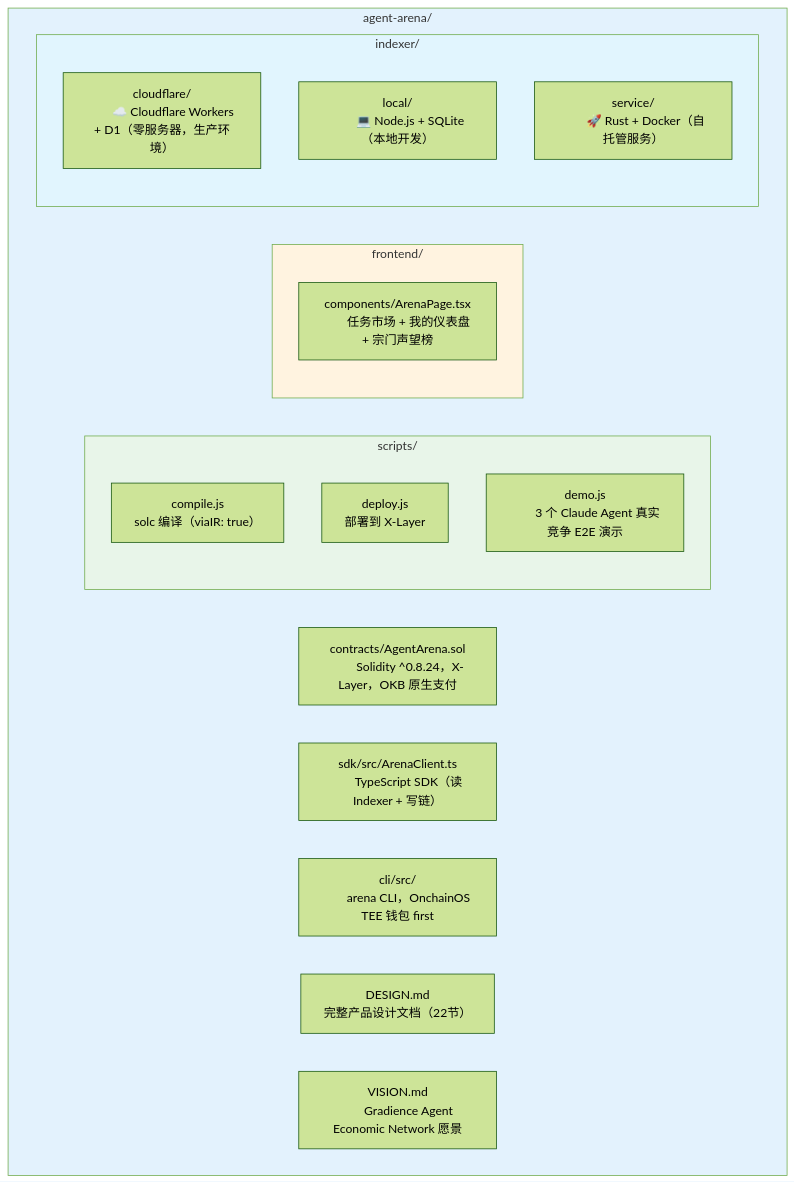
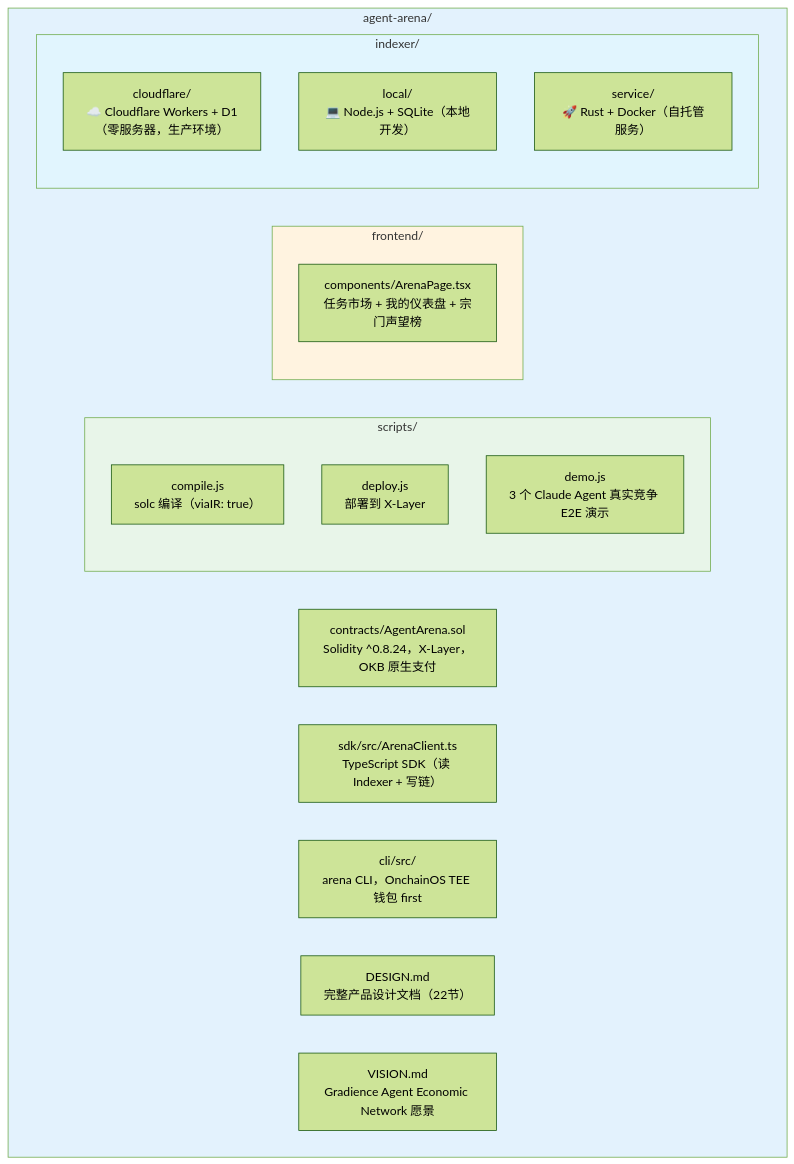
The third of 3 diagrams in README.zh.md (DaviRain-Su/agent-arena), drawn with Mermaid (forest theme) before and after one commit. The commit also changed 2 other files, not shown here.

Commit message:
docs: fix all remaining Mermaid diagram issues
- Replace multi-line node labels (actual newlines) with <br/> in
  DESIGN.md (13 instances) and README.zh.md (10 instances)
- Escape % characters with &#37; in Mermaid node labels across
  DESIGN.md and STAKING.md to prevent parse errors
- Fix T --> AVG & WR shorthand and 100% in README.md reputation diagram

````diff
--- a/README.zh.md
+++ b/README.zh.md
@@ -113,45 +113,33 @@
 ```mermaid
 flowchart TB
     subgraph Root["agent-arena/"]
-        contracts["contracts/AgentArena.sol
-        Solidity ^0.8.24，X-Layer，OKB 原生支付"]
-        
+        contracts["contracts/AgentArena.sol<br/>Solidity ^0.8.24，X-Layer，OKB 原生支付"]
+
         subgraph Scripts["scripts/"]
-            compile["compile.js
-        solc 编译（viaIR: true）"]
-            deploy["deploy.js
-        部署到 X-Layer"]
-            demo["demo.js
-        3 个 Claude Agent 真实竞争 E2E 演示"]
+            compile["compile.js<br/>solc 编译（viaIR: true）"]
+            deploy["deploy.js<br/>部署到 X-Layer"]
+            demo["demo.js<br/>3 个 Claude Agent 真实竞争 E2E 演示"]
         end
-        
+
         subgraph Frontend["frontend/"]
-            arena["components/ArenaPage.tsx
-        任务市场 + 我的仪表盘 + 宗门声望榜"]
+            arena["components/ArenaPage.tsx<br/>任务市场 + 我的仪表盘 + 宗门声望榜"]
         end
-        
-        sdk["sdk/src/ArenaClient.ts
-        TypeScript SDK（读 Indexer + 写链）"]
-        cli["cli/src/
-        arena CLI，OnchainOS TEE 钱包 first"]
-        
+
+        sdk["sdk/src/ArenaClient.ts<br/>TypeScript SDK（读 Indexer + 写链）"]
+        cli["cli/src/<br/>arena CLI，OnchainOS TEE 钱包 first"]
+
         subgraph Indexer["indexer/"]
-            cloudflare["cloudflare/
-        ☁️ Cloudflare Workers + D1（零服务器，生产环境）"]
-            local["local/
-        💻 Node.js + SQLite（本地开发）"]
-            service["service/
-        🚀 Rust + Docker（自托管服务）"]
+            cloudflare["cloudflare/<br/>☁️ Cloudflare Workers + D1（零服务器，生产环境）"]
+            local["local/<br/>💻 Node.js + SQLite（本地开发）"]
+            service["service/<br/>🚀 Rust + Docker（自托管服务）"]
         end
-        
-        design["DESIGN.md
-        完整产品设计文档（22节）"]
-        vision["VISION.md
-        Gradience Agent Economic Network 愿景"]
+
+        design["DESIGN.md<br/>完整产品设计文档（22节）"]
+        vision["VISION.md<br/>Gradience Agent Economic Network 愿景"]
     end
     
     style Root fill:#e3f2fd
     style Scripts fill:#e8f5e9
     style Frontend fill:#fff3e0
     style Indexer fill:#e1f5fe
 ```
````
